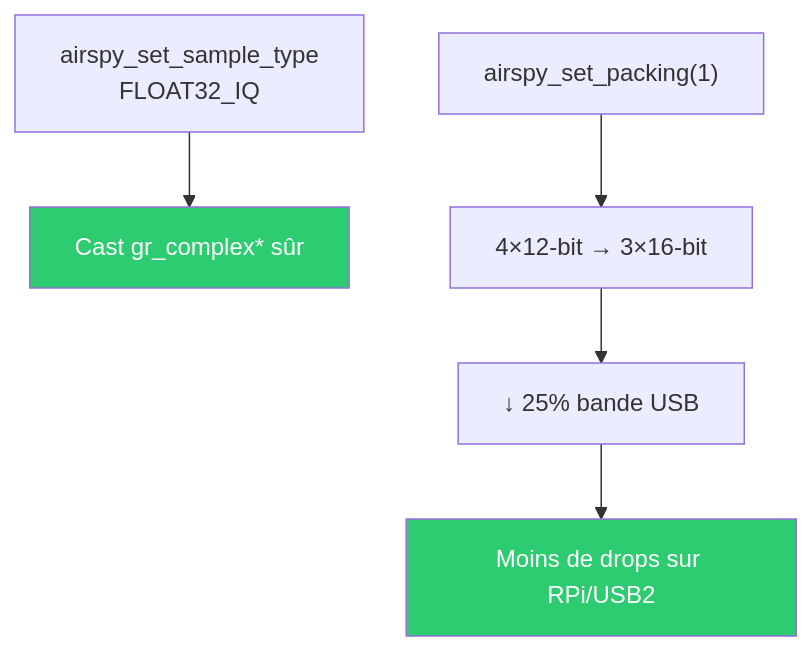
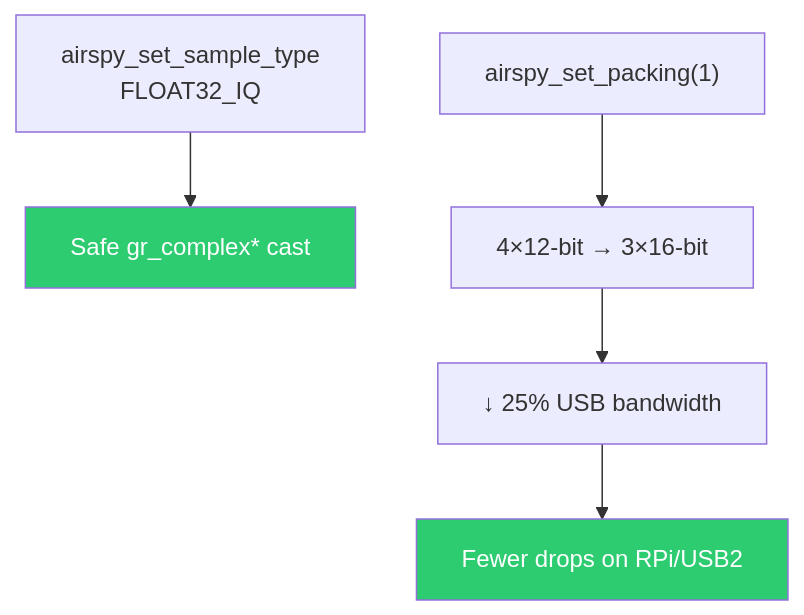
One commit to f4tnk/gr-osmosdr changed the sixth of 15 diagrams in OPTIMIZATION-F4TNK.md. Above: the diagram before and after it, drawn with Mermaid. The commit also changed other lines of this file, not shown here.

````diff
--- a/OPTIMIZATION-F4TNK.md
+++ b/OPTIMIZATION-F4TNK.md
@@ -159,10 +159,10 @@
 ```mermaid
 flowchart TD
-    A["airspy_set_sample_type<br/>FLOAT32_IQ"] --> B["Cast gr_complex* sûr"]
+    A["airspy_set_sample_type<br/>FLOAT32_IQ"] --> B["Safe gr_complex* cast"]
     C["airspy_set_packing(1)"] --> D["4×12-bit → 3×16-bit"]
-    D --> E["↓ 25% bande USB"]
-    E --> F["Moins de drops sur RPi/USB2"]
+    D --> E["↓ 25% USB bandwidth"]
+    E --> F["Fewer drops on RPi/USB2"]
 
     style B fill:#2ecc71,color:#fff
     style F fill:#2ecc71,color:#fff
 ```
````
